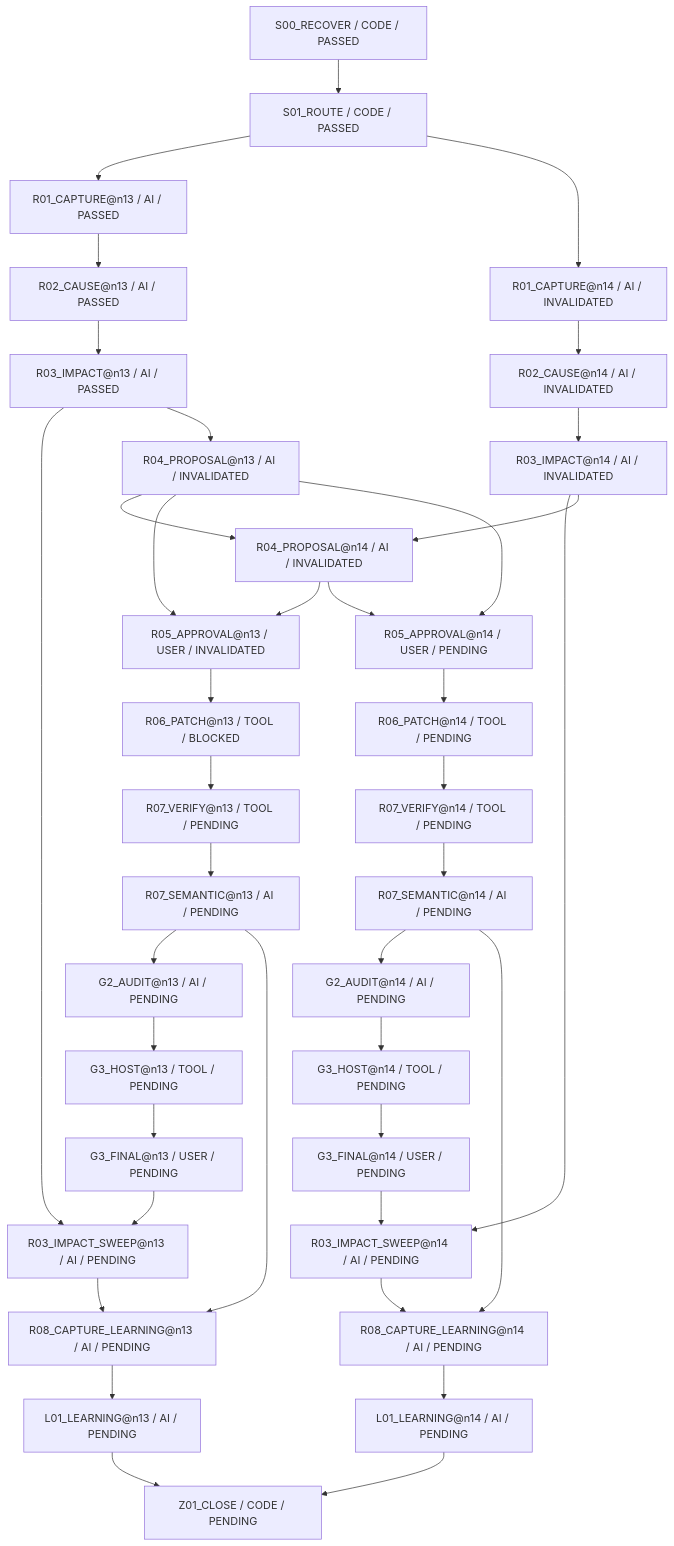
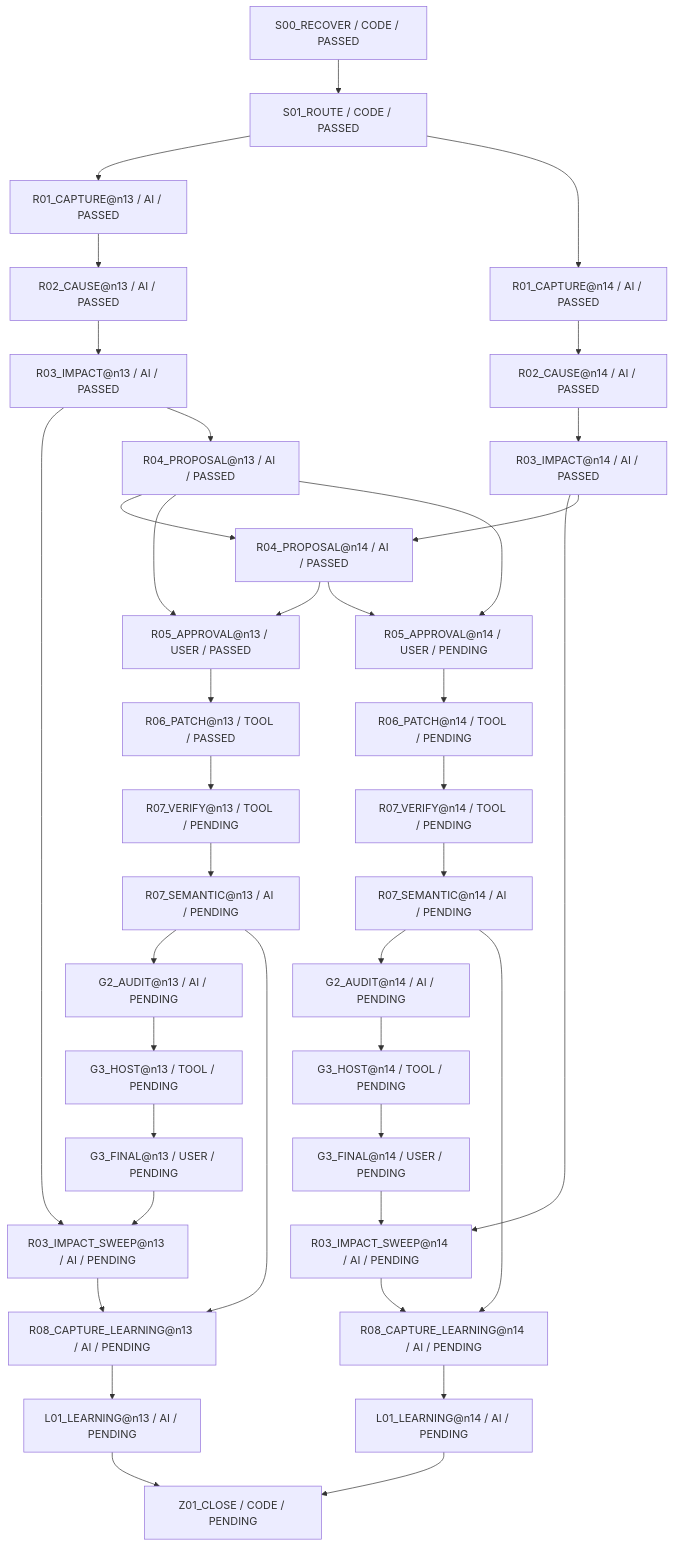
One commit to rrikunagasige-dot/kyotsu-step-web changed the diagram in work/items/W-MATH-048-n1314-source-audit/generated/BLOCK_FIRE_DIAGRAM.md. Above: the diagram before and after it, drawn with Mermaid. The commit also changed other lines of this file and 295 other files, not shown here.

````diff
--- a/work/items/W-MATH-048-n1314-source-audit/generated/BLOCK_FIRE_DIAGRAM.md
+++ b/work/items/W-MATH-048-n1314-source-audit/generated/BLOCK_FIRE_DIAGRAM.md
@@ -5,72 +5,72 @@
 ```mermaid
 flowchart TD
   N0["S00_RECOVER / CODE / PASSED"]
   N1["S01_ROUTE / CODE / PASSED"]
   N2["R01_CAPTURE@n13 / AI / PASSED"]
   N3["R02_CAUSE@n13 / AI / PASSED"]
   N4["R03_IMPACT@n13 / AI / PASSED"]
-  N5["R04_PROPOSAL@n13 / AI / INVALIDATED"]
-  N6["R05_APPROVAL@n13 / USER / INVALIDATED"]
-  N7["R06_PATCH@n13 / TOOL / BLOCKED"]
+  N5["R04_PROPOSAL@n13 / AI / PASSED"]
+  N6["R05_APPROVAL@n13 / USER / PASSED"]
+  N7["R06_PATCH@n13 / TOOL / PASSED"]
   N8["R07_VERIFY@n13 / TOOL / PENDING"]
   N9["R07_SEMANTIC@n13 / AI / PENDING"]
-  N10["R01_CAPTURE@n14 / AI / INVALIDATED"]
-  N11["R02_CAUSE@n14 / AI / INVALIDATED"]
-  N12["R03_IMPACT@n14 / AI / INVALIDATED"]
-  N13["R04_PROPOSAL@n14 / AI / INVALIDATED"]
+  N10["R01_CAPTURE@n14 / AI / PASSED"]
+  N11["R02_CAUSE@n14 / AI / PASSED"]
+  N12["R03_IMPACT@n14 / AI / PASSED"]
+  N13["R04_PROPOSAL@n14 / AI / PASSED"]
   N14["R05_APPROVAL@n14 / USER / PENDING"]
   N15["R06_PATCH@n14 / TOOL / PENDING"]
   N16["R07_VERIFY@n14 / TOOL / PENDING"]
   N17["R07_SEMANTIC@n14 / AI / PENDING"]
   N18["G2_AUDIT@n13 / AI / PENDING"]
   N19["G3_HOST@n13 / TOOL / PENDING"]
   N20["G3_FINAL@n13 / USER / PENDING"]
   N21["R03_IMPACT_SWEEP@n13 / AI / PENDING"]
   N22["R08_CAPTURE_LEARNING@n13 / AI / PENDING"]
   N23["L01_LEARNING@n13 / AI / PENDING"]
   N24["G2_AUDIT@n14 / AI / PENDING"]
   N25["G3_HOST@n14 / TOOL / PENDING"]
   N26["G3_FINAL@n14 / USER / PENDING"]
   N27["R03_IMPACT_SWEEP@n14 / AI / PENDING"]
   N28["R08_CAPTURE_LEARNING@n14 / AI / PENDING"]
   N29["L01_LEARNING@n14 / AI / PENDING"]
   N30["Z01_CLOSE / CODE / PENDING"]
   N18 --> N19
   N24 --> N25
   N20 --> N21
   N26 --> N27
   N19 --> N20
   N25 --> N26
   N23 --> N30
   N29 --> N30
   N2 --> N3
   N10 --> N11
   N3 --> N4
   N11 --> N12
   N4 --> N21
   N4 --> N5
   N12 --> N27
   N12 --> N13
   N21 --> N22
   N27 --> N28
   N5 --> N13
   N5 --> N6
   N5 --> N14
   N13 --> N6
   N13 --> N14
   N6 --> N7
   N14 --> N15
   N7 --> N8
   N15 --> N16
   N9 --> N18
   N9 --> N22
   N17 --> N24
   N17 --> N28
   N8 --> N9
   N16 --> N17
   N22 --> N23
   N28 --> N29
   N0 --> N1
   N1 --> N2
   N1 --> N10
 ```
````
